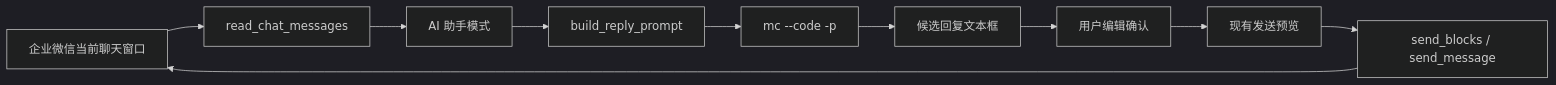
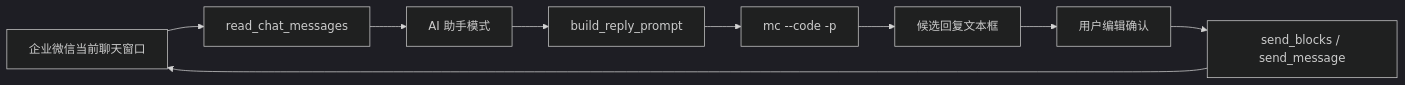
Before and after one commit to TreeInWinter/wechat-work-sender: the diagram in docs/superpowers/specs/2026-06-04-ai-reply-sidebar-design.md, drawn with Mermaid (dark theme). The commit also changed other lines of this file and 10 other files, not shown here.

````diff
--- a/docs/superpowers/specs/2026-06-04-ai-reply-sidebar-design.md
+++ b/docs/superpowers/specs/2026-06-04-ai-reply-sidebar-design.md
@@ -135,12 +135,11 @@
 ```mermaid
 flowchart LR
   A["企业微信当前聊天窗口"] --> B["read_chat_messages"]
   B --> C["AI 助手模式"]
   C --> D["build_reply_prompt"]
   D --> E["mc --code -p"]
   E --> F["候选回复文本框"]
   F --> G["用户编辑确认"]
-  G --> H["现有发送预览"]
-  H --> I["send_blocks / send_message"]
-  I --> A
+  G --> H["send_blocks / send_message"]
+  H --> A
 ```
````
